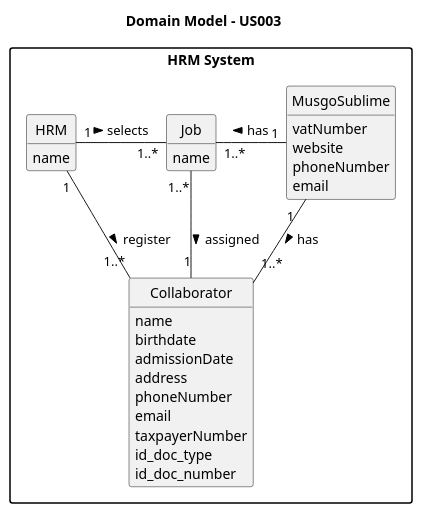
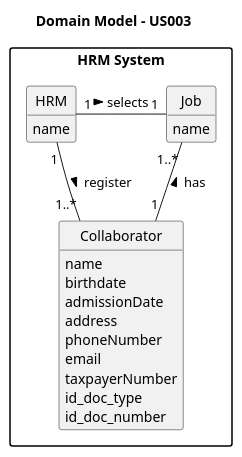
Before and after one commit to SAEmanuel/Green_Spaces_Management_ISEP: the diagram in docs/sprintB/us003/02.analysis/puml/us003-domain-model.puml, drawn with PlantUML. The commit also changed 2 other files, not shown here.

```diff
--- a/docs/sprintB/us003/02.analysis/puml/us003-domain-model.puml
+++ b/docs/sprintB/us003/02.analysis/puml/us003-domain-model.puml
@@ -1,51 +1,42 @@
 @startuml
 skinparam monochrome true
 skinparam packageStyle rectangle
 skinparam shadowing false
 
 skinparam classAttributeIconSize 0
 
 hide circle
 hide methods
 
 title Domain Model - US003
 
 package "HRM System" {
-
-    class MusgoSublime {
-        vatNumber
-        website
-        phoneNumber
-        email
-    }
 
     class Collaborator {
         name
         birthdate
         admissionDate
         address
         phoneNumber
         email
         taxpayerNumber
         id_doc_type
         id_doc_number
     }
 
     class Job {
         name
     }
 
     class HRM {
         name
     }
 
     HRM "1" - "1..*" Collaborator : register >
-    MusgoSublime "1  " -- "1..*" Collaborator : has >
-    HRM "1" - "1..*" Job : selects >
-    Job "1..*" - "1" Collaborator : assigned >
-    Job "1..*" - "1" MusgoSublime : has <
+    HRM "1" - "1" Job : selects >
+    Job "1..*" -- "1" Collaborator : has <
 
 
 }
 
 @enduml
```
